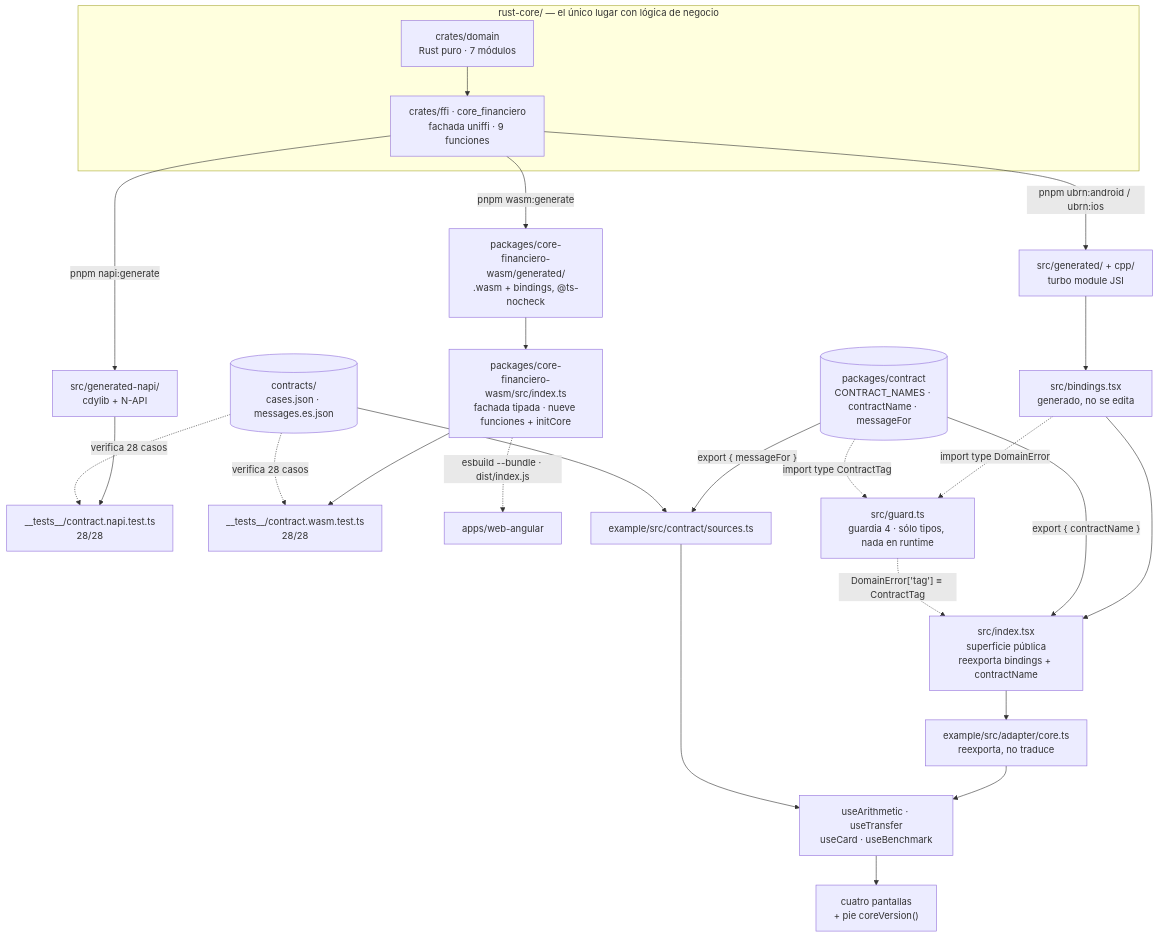
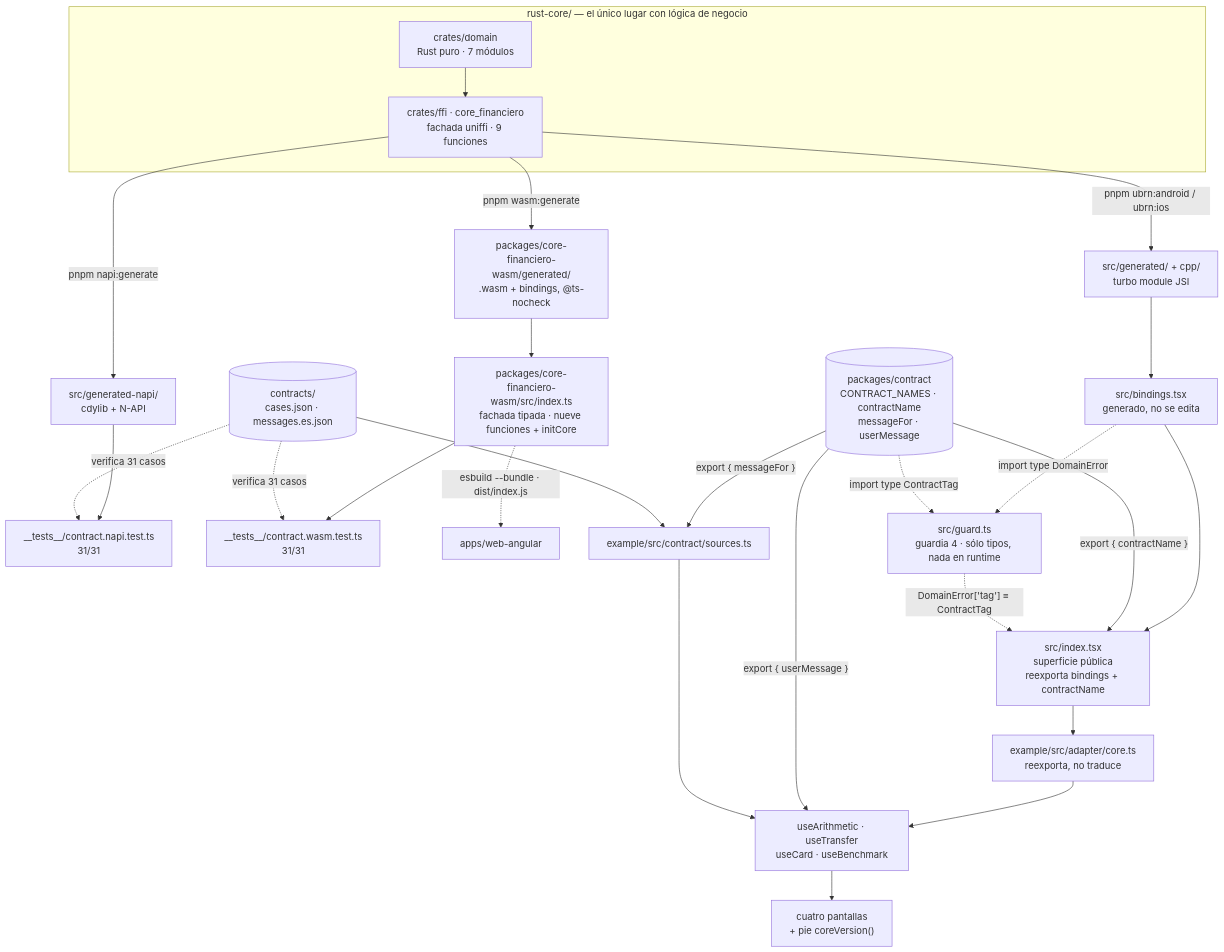
Before and after one commit to tohure/rust-core-cross-app: the diagram in apps/react-native/README.md, drawn with Mermaid. The commit also changed other lines of this file and 22 other files, not shown here.

````diff
--- a/apps/react-native/README.md
+++ b/apps/react-native/README.md
@@ -39,37 +39,38 @@
 ```mermaid
 flowchart TD
     subgraph core["rust-core/ — el único lugar con lógica de negocio"]
         domain["crates/domain<br/>Rust puro · 7 módulos"]
         ffi["crates/ffi · core_financiero<br/>fachada uniffi · 9 funciones"]
         domain --> ffi
     end
 
     ffi -->|"pnpm ubrn:android / ubrn:ios"| jsi["src/generated/ + cpp/<br/>turbo module JSI"]
     ffi -->|"pnpm napi:generate"| napi["src/generated-napi/<br/>cdylib + N-API"]
     ffi -->|"pnpm wasm:generate"| wasmgen["packages/core-financiero-wasm/generated/<br/>.wasm + bindings, @ts-nocheck"]
 
     jsi --> bindings["src/bindings.tsx<br/>generado, no se edita"]
     bindings --> index["src/index.tsx<br/>superficie pública<br/>reexporta bindings + contractName"]
     index --> adapter["example/src/adapter/core.ts<br/>reexporta, no traduce"]
     adapter --> hooks["useArithmetic · useTransfer<br/>useCard · useBenchmark"]
     hooks --> screens["cuatro pantallas<br/>+ pie coreVersion()"]
 
     wasmgen --> wasmfacade["packages/core-financiero-wasm/src/index.ts<br/>fachada tipada · nueve funciones + initCore"]
 
-    napi --> tnapi["__tests__/contract.napi.test.ts<br/>28/28"]
-    wasmfacade --> twasm["__tests__/contract.wasm.test.ts<br/>28/28"]
+    napi --> tnapi["__tests__/contract.napi.test.ts<br/>31/31"]
+    wasmfacade --> twasm["__tests__/contract.wasm.test.ts<br/>31/31"]
     wasmfacade -.->|"esbuild --bundle · dist/index.js"| angular["apps/web-angular"]
 
-    contratoPkg[("packages/contract<br/>CONTRACT_NAMES · contractName · messageFor")]
+    contratoPkg[("packages/contract<br/>CONTRACT_NAMES · contractName<br/>messageFor · userMessage")]
     contratoPkg -->|"export { contractName }"| index
     contratoPkg -->|"export { messageFor }"| fuentes
+    contratoPkg -->|"export { userMessage }"| hooks
     bindings -.->|"import type DomainError"| guard["src/guard.ts<br/>guardia 4 · sólo tipos, nada en runtime"]
     contratoPkg -.->|"import type ContractTag"| guard
     guard -.->|"DomainError['tag'] ≡ ContractTag"| index
 
     contrato[("contracts/<br/>cases.json · messages.es.json")]
     contrato --> fuentes["example/src/contract/sources.ts"]
     fuentes --> hooks
-    contrato -.->|"verifica 28 casos"| tnapi
-    contrato -.->|"verifica 28 casos"| twasm
+    contrato -.->|"verifica 31 casos"| tnapi
+    contrato -.->|"verifica 31 casos"| twasm
 ```
````
